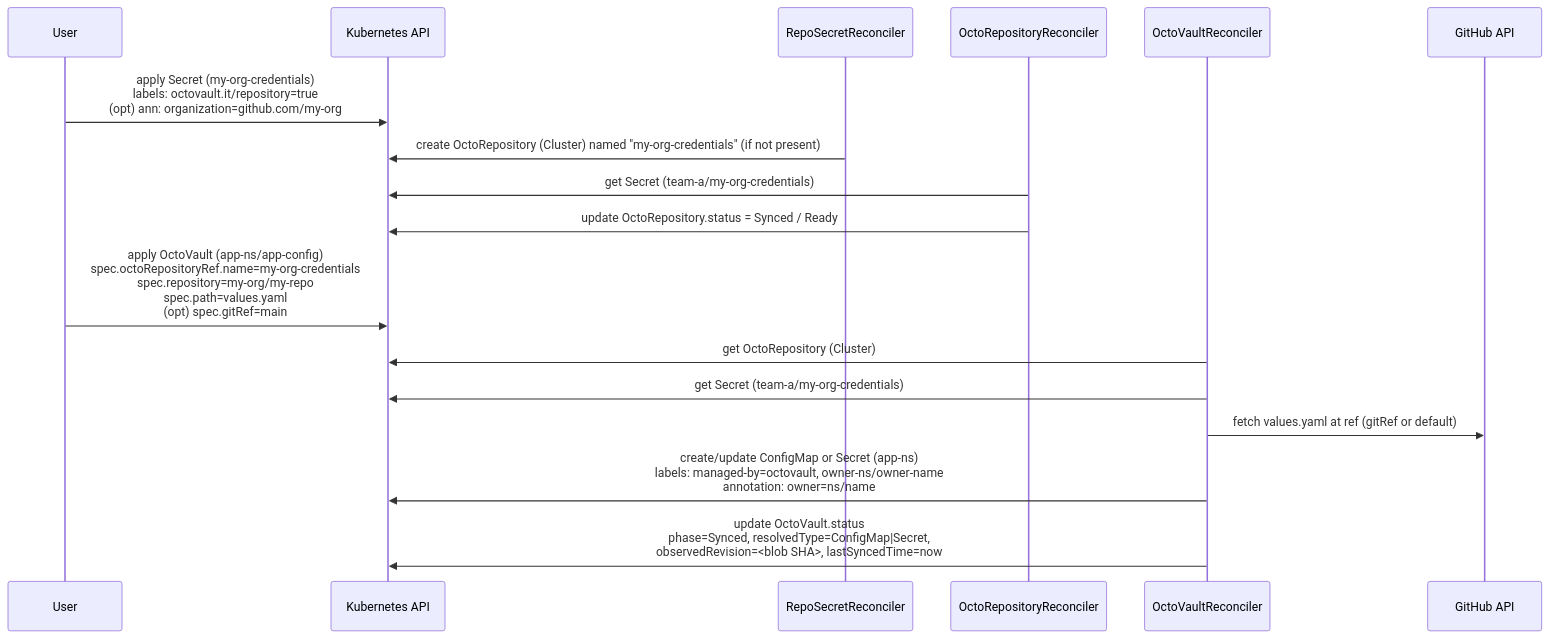
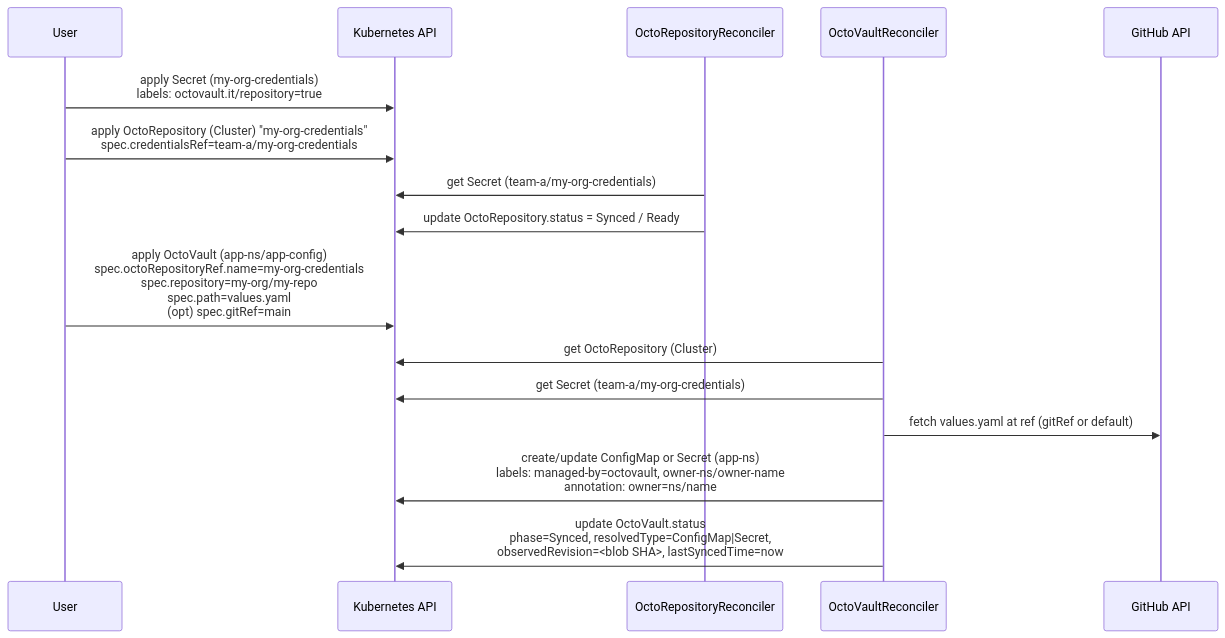
Before and after one commit to OctoVault/octovault: the second of 2 diagrams in README.md, drawn with Mermaid. The commit also changed other lines of this file, not shown here.

First line of the commit message:
docs: drop OctoRepository auto-creation from README

````diff
--- a/README.md
+++ b/README.md
@@ -61,23 +61,22 @@
 ```mermaid
 %% Reconciliation flow from create to applied output
 
 sequenceDiagram
   participant U as User
   participant API as Kubernetes API
-  participant RS as RepoSecretReconciler
   participant ORC as OctoRepositoryReconciler
   participant OVC as OctoVaultReconciler
   participant GH as GitHub API
 
-  U->>API: apply Secret (my-org-credentials)<br/>labels: octovault.it/repository=true<br/>(opt) ann: organization=github.com/my-org
-  RS->>API: create OctoRepository (Cluster) named "my-org-credentials" (if not present)
+  U->>API: apply Secret (my-org-credentials)<br/>labels: octovault.it/repository=true
+  U->>API: apply OctoRepository (Cluster) "my-org-credentials"<br/>spec.credentialsRef=team-a/my-org-credentials
   ORC->>API: get Secret (team-a/my-org-credentials)
   ORC->>API: update OctoRepository.status = Synced / Ready
 
   U->>API: apply OctoVault (app-ns/app-config)<br/>spec.octoRepositoryRef.name=my-org-credentials<br/>spec.repository=my-org/my-repo<br/>spec.path=values.yaml<br/>(opt) spec.gitRef=main
   OVC->>API: get OctoRepository (Cluster)
   OVC->>API: get Secret (team-a/my-org-credentials)
   OVC->>GH: fetch values.yaml at ref (gitRef or default)
   OVC->>API: create/update ConfigMap or Secret (app-ns)<br/>labels: managed-by=octovault, owner-ns/owner-name<br/>annotation: owner=ns/name
   OVC->>API: update OctoVault.status<br/>phase=Synced, resolvedType=ConfigMap|Secret,<br/>observedRevision=<blob SHA>, lastSyncedTime=now
 ```
````
